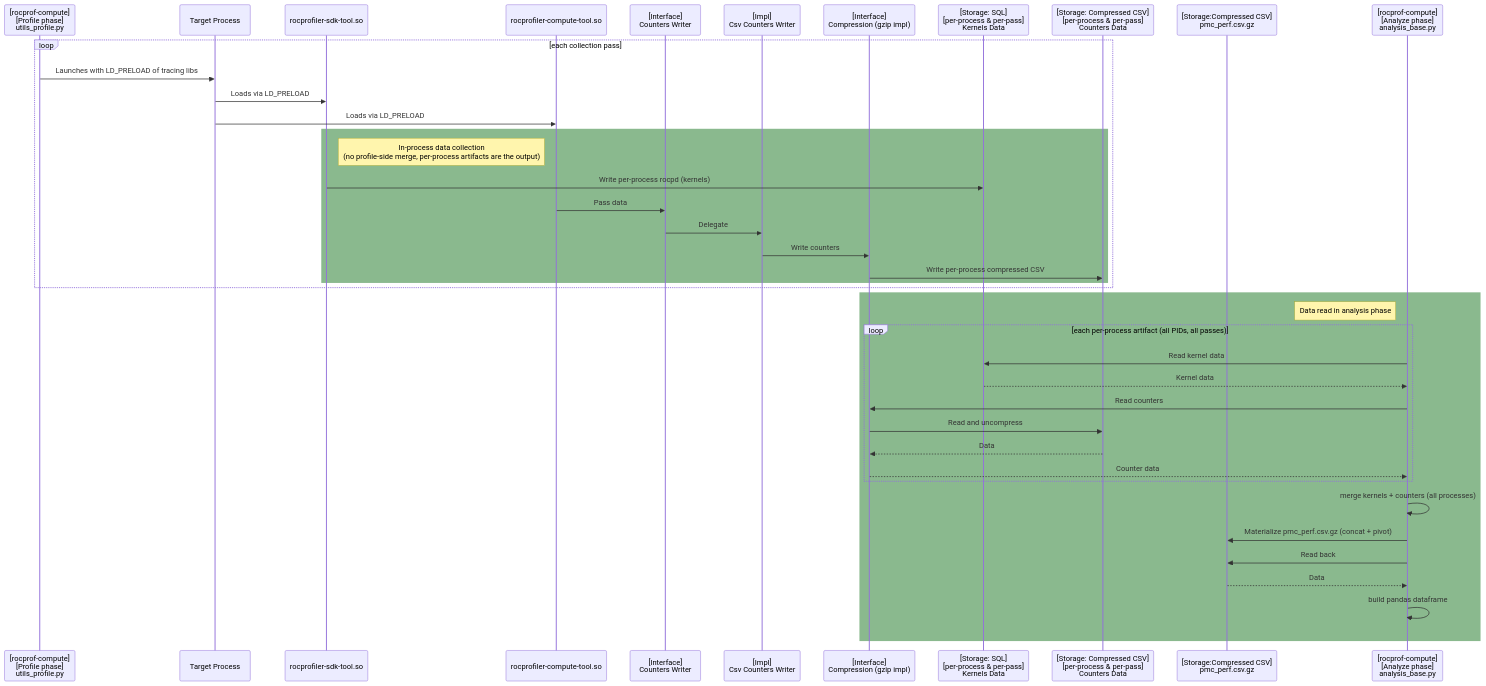
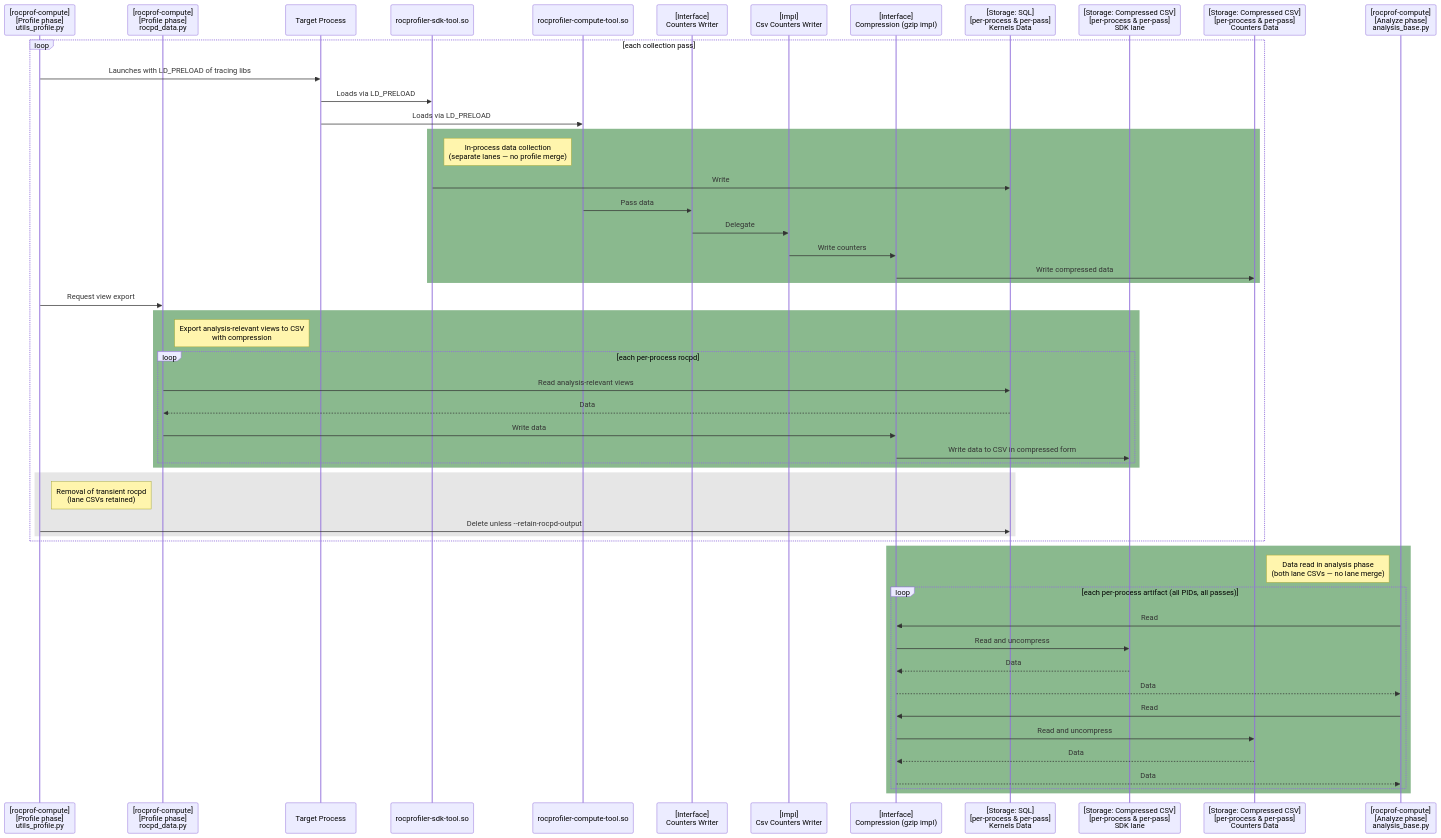
Before and after one commit to ROCm/rocm-systems: the fifth of 7 diagrams in projects/rocprofiler-compute/docs/design/profile_interface_architecture.md, drawn with Mermaid. The commit also changed other lines of this file, not shown here.

Commit message:
update phase c counter lanes plan

````diff
--- a/projects/rocprofiler-compute/docs/design/profile_interface_architecture.md
+++ b/projects/rocprofiler-compute/docs/design/profile_interface_architecture.md
@@ -440,45 +439,59 @@
 ```mermaid
 sequenceDiagram
     participant computeLauncher as [rocprof-compute]<br>[Profile phase]<br>utils_profile.py
+    participant computeMerger as [rocprof-compute]<br>[Profile phase]<br>rocpd_data.py
     participant process as Target Process
     participant sdkTool as rocprofiler-sdk-tool.so
     participant computeTool as rocprofiler-compute-tool.so
     participant countersWriter as [Interface]<br> Counters Writer
     participant countersWriterCsv as [Impl]<br>Csv Counters Writer
     participant compression as [Interface]<br>Compression (gzip impl)
     participant sdkData as [Storage: SQL]<br>[per-process & per-pass]<br>Kernels Data
+    participant sdkLaneCsv as [Storage: Compressed CSV]<br>[per-process & per-pass]<br>SDK lane
     participant countersData as [Storage: Compressed CSV]<br>[per-process & per-pass]<br>Counters Data
-    participant pmcPerf as [Storage:Compressed CSV]<br>pmc_perf.csv.gz
     participant computeAnalyze as [rocprof-compute]<br>[Analyze phase]<br>analysis_base.py
 
     loop each collection pass
         computeLauncher->>process: Launches with LD_PRELOAD of tracing libs
         process->>sdkTool: Loads via LD_PRELOAD
         process->>computeTool: Loads via LD_PRELOAD
 
         rect rgb(138, 185, 142)
-        note right of sdkTool: In-process data collection<br>(no profile-side merge, per-process artifacts are the output)
-            sdkTool->>sdkData: Write per-process rocpd (kernels)
+        note right of sdkTool: In-process data collection<br>(separate lanes — no profile merge)
+            sdkTool->>sdkData: Write
             computeTool->>countersWriter: Pass data
             countersWriter->>countersWriterCsv: Delegate
             countersWriterCsv->>compression: Write counters
-            compression->>countersData: Write per-process compressed CSV
+            compression->>countersData: Write compressed data
+        end
+
+        computeLauncher->>computeMerger: Request view export
+        rect rgb(138, 185, 142)
+        note right of computeMerger: Export analysis-relevant views to CSV<br>with compression
+            loop each per-process rocpd
+                computeMerger->>sdkData: Read analysis-relevant views
+                sdkData-->>computeMerger: Data
+                computeMerger->>compression: Write data
+                compression->>sdkLaneCsv: Write data to CSV in compressed form
+            end
+        end
+
+        rect rgb(230, 230, 230)
+        note right of computeLauncher: Removal of transient rocpd<br>(lane CSVs retained)
+            computeLauncher->>sdkData: Delete unless --retain-rocpd-output
         end
     end
     rect rgb(138, 185, 142)
-    note left of computeAnalyze: Data read in analysis phase
+    note left of computeAnalyze: Data read in analysis phase<br>(both lane CSVs — no lane merge)
         loop each per-process artifact (all PIDs, all passes)
-            computeAnalyze->>sdkData: Read kernel data
-            sdkData-->>computeAnalyze: Kernel data
-            computeAnalyze->>compression: Read counters
+            computeAnalyze->>compression: Read
+            compression->>sdkLaneCsv: Read and uncompress
+            sdkLaneCsv-->>compression: Data
+            compression-->>computeAnalyze: Data
+            computeAnalyze->>compression: Read
             compression->>countersData: Read and uncompress
             countersData-->>compression: Data
-            compression-->>computeAnalyze: Counter data
+            compression-->>computeAnalyze: Data
         end
-        computeAnalyze->>computeAnalyze: merge kernels + counters (all processes)
-        computeAnalyze->>pmcPerf: Materialize pmc_perf.csv.gz (concat + pivot)
-        computeAnalyze->>pmcPerf: Read back
-        pmcPerf-->>computeAnalyze: Data
-        computeAnalyze->>computeAnalyze: build pandas dataframe
     end
 ```
````
